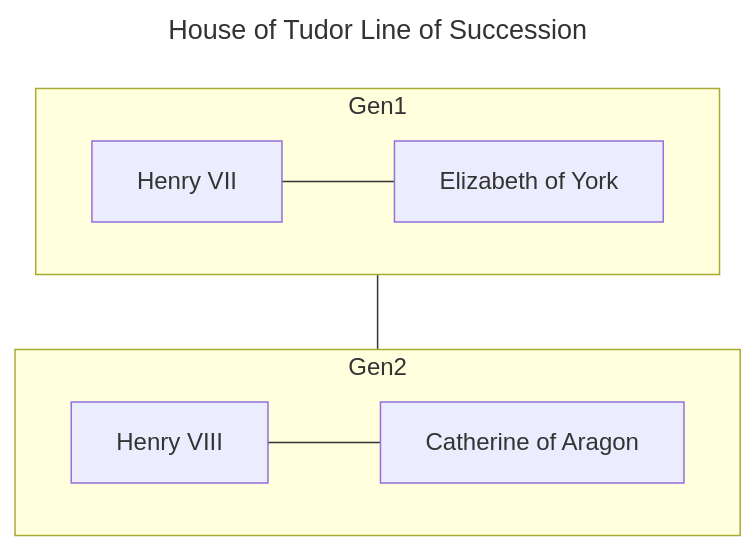
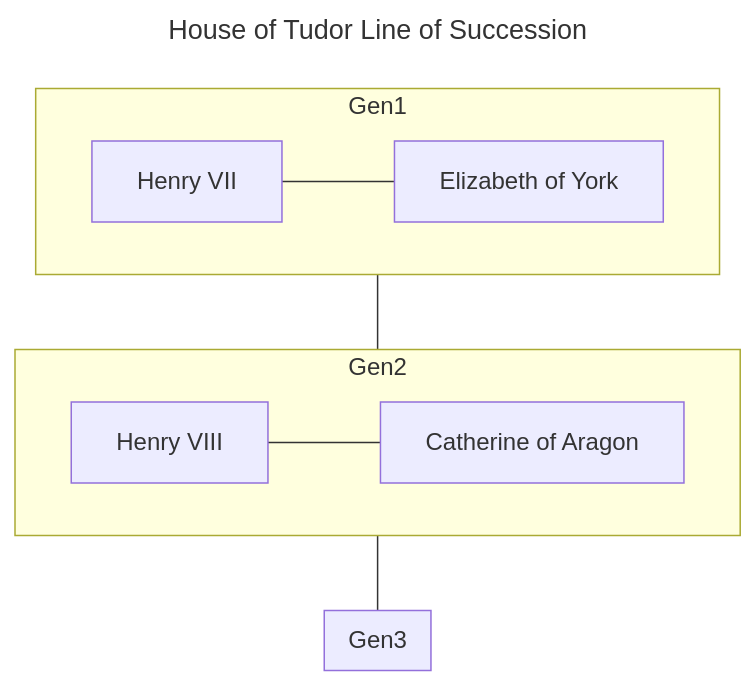
The diagram in index.md (mercedesb/house-of-tudor), drawn with Mermaid before and after one commit.

Commit message:
Setup 3rd generation

````diff
--- a/index.md
+++ b/index.md
@@ -1,14 +1,17 @@
 ```mermaid
 ---
 title: House of Tudor Line of Succession
 ---
 flowchart
+  subgraph Gen3
+  end
   subgraph Gen2
     H8[Henry VIII]---C[Catherine of Aragon]
   end
   subgraph Gen1
     H7[Henry VII]---E[Elizabeth of York]
   end
 
   Gen1---Gen2
+  Gen2---Gen3
 ```
````
